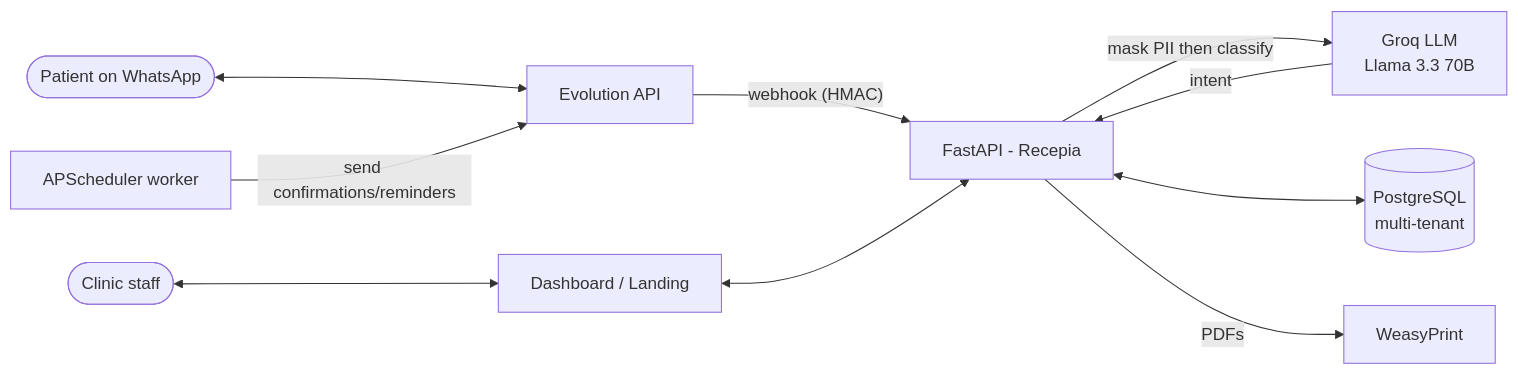
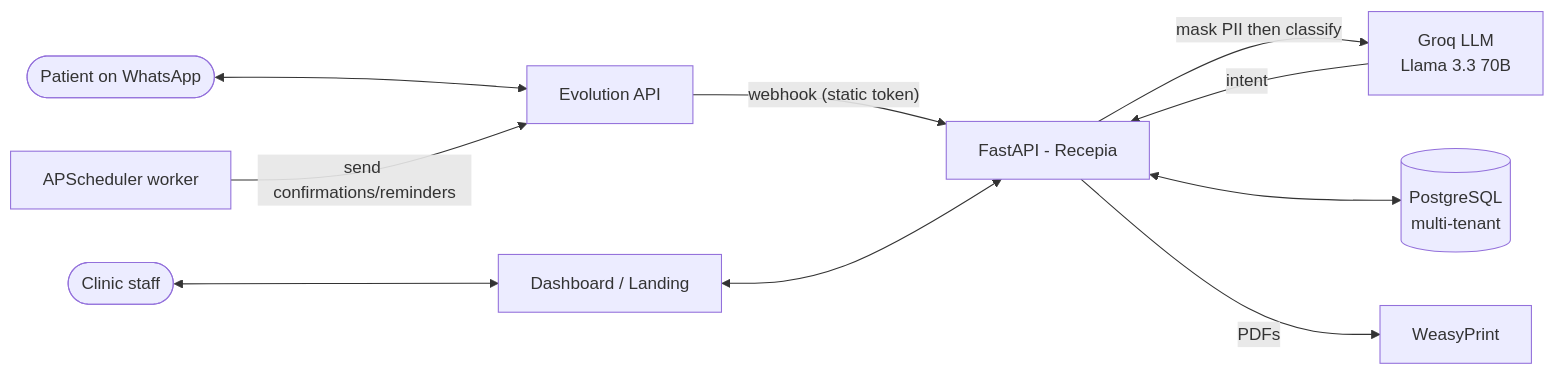
The diagram in README.md (Ewertonslv/recepia), drawn with Mermaid before and after one commit. The commit also changed other lines of this file and 11 other files, not shown here.

````diff
--- a/README.md
+++ b/README.md
@@ -35,12 +34,12 @@
 ```mermaid
 flowchart LR
     Patient([Patient on WhatsApp]) <--> Evo[Evolution API]
-    Evo -- webhook (HMAC) --> API[FastAPI - Recepia]
+    Evo -- "webhook (static token)" --> API[FastAPI - Recepia]
     Worker[APScheduler worker] -- "send confirmations/reminders" --> Evo
     API -- "mask PII then classify" --> Groq[Groq LLM<br/>Llama 3.3 70B]
     Groq -- intent --> API
     API <--> DB[(PostgreSQL<br/>multi-tenant)]
     API -- PDFs --> WP[WeasyPrint]
     Staff([Clinic staff]) <--> Dash[Dashboard / Landing]
     Dash <--> API
 ```
````
